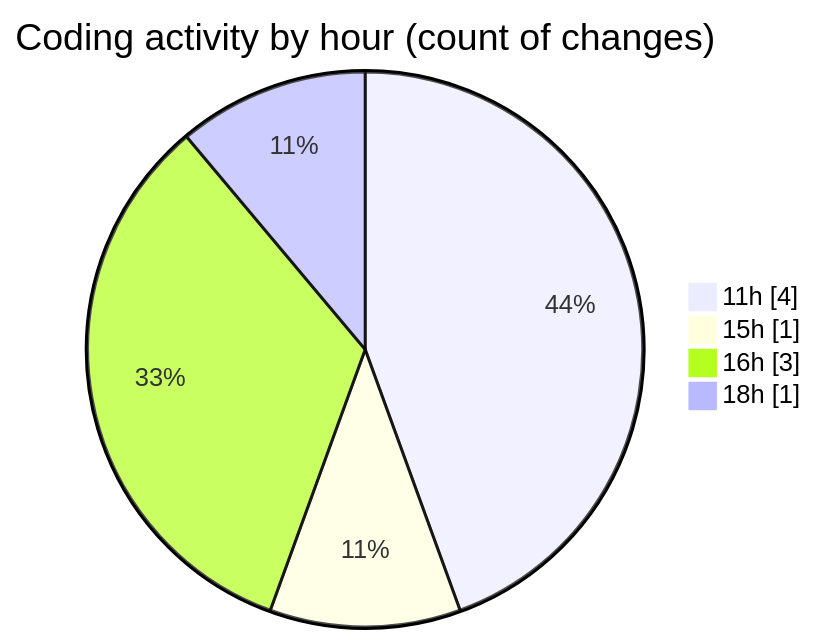
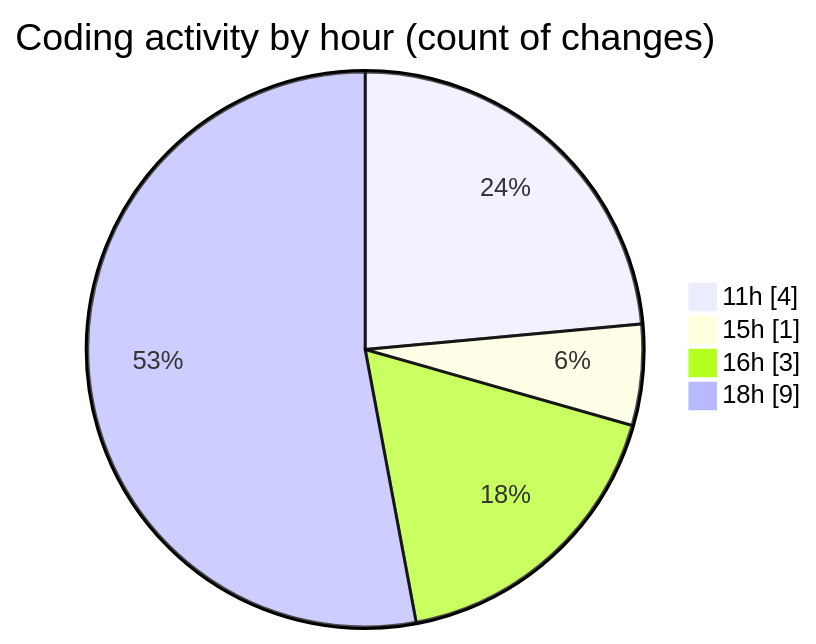
One commit to nxtqubesakshisongat/code-tracking changed the second of 2 diagrams in 2026-06-10/nxtqube_webapp/README.md. Above: the diagram before and after it, drawn with Mermaid. The commit also changed other lines of this file and 1 other file, not shown here.

````diff
--- a/2026-06-10/nxtqube_webapp/README.md
+++ b/2026-06-10/nxtqube_webapp/README.md
@@ -29,8 +29,8 @@
 ```mermaid
 pie showData
 title Coding activity by hour (count of changes)
 "11h" : 4
 "15h" : 1
 "16h" : 3
-"18h" : 1
+"18h" : 9
 ```
````
